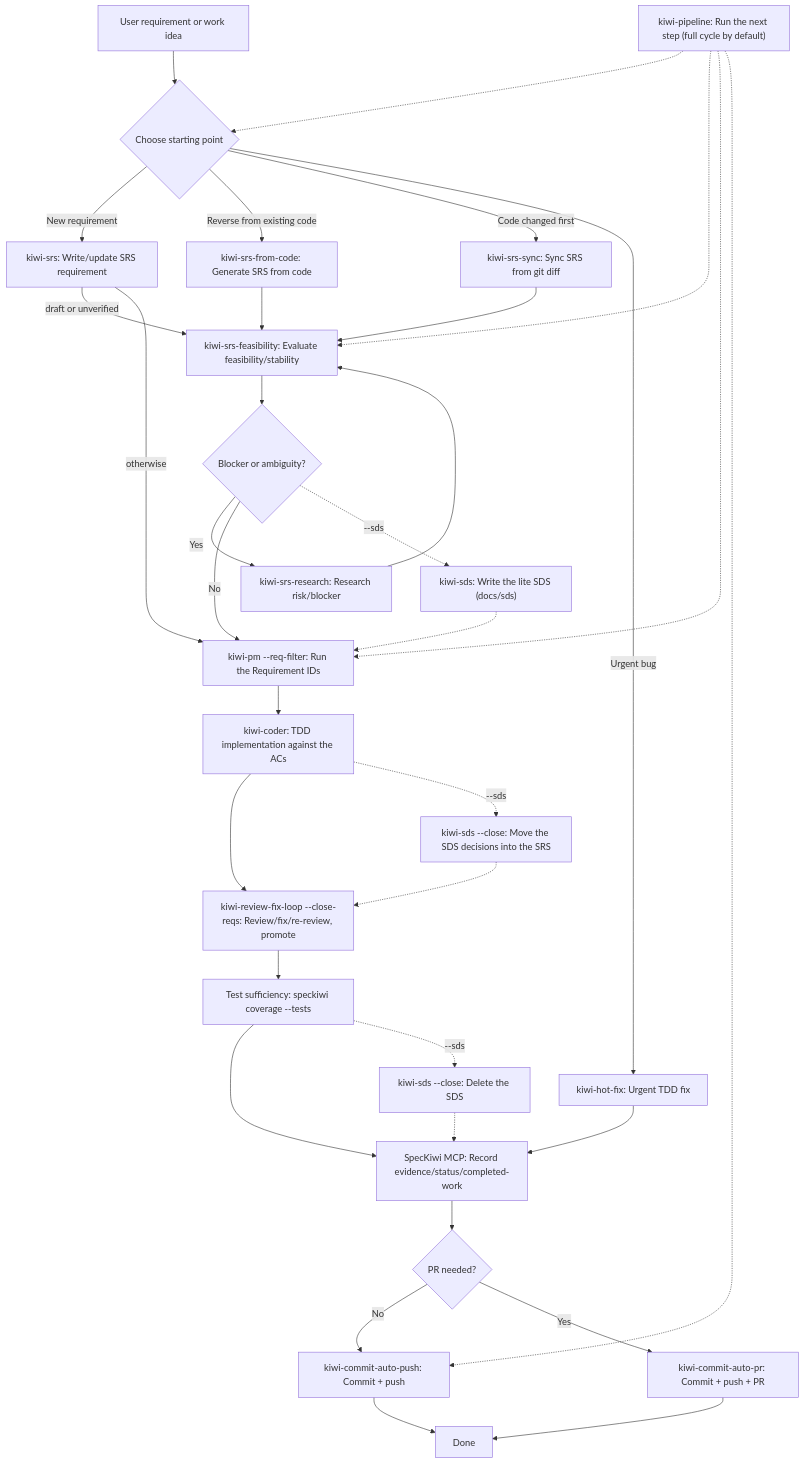
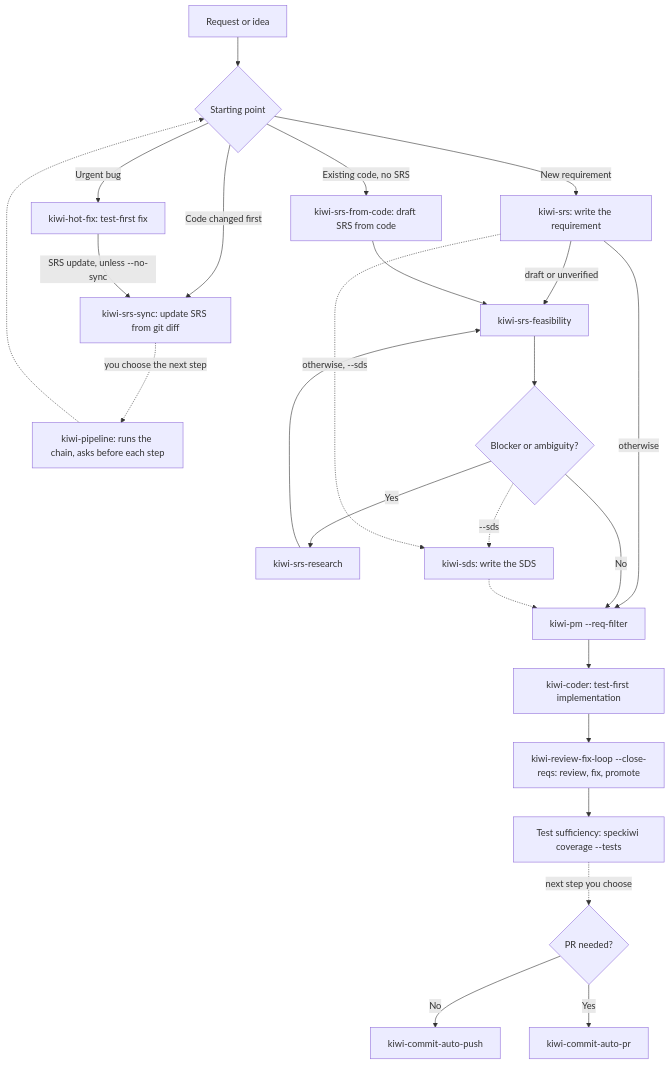
The first of 2 diagrams in README.md (Snoworca/speckiwi), drawn with Mermaid before and after one commit. The commit also changed other lines of this file, not shown here.

````diff
--- a/README.md
+++ b/README.md
@@ -440,40 +145,31 @@
 ```mermaid
 flowchart TD
-    A["User requirement or work idea"] --> B{"Choose starting point"}
-    B -->|New requirement| C["kiwi-srs: Write/update SRS requirement"]
-    B -->|Reverse from existing code| D["kiwi-srs-from-code: Generate SRS from code"]
-    B -->|Code changed first| E["kiwi-srs-sync: Sync SRS from git diff"]
-    B -->|Urgent bug| Q["kiwi-hot-fix: Urgent TDD fix"]
+    A["Request or idea"] --> B{"Starting point"}
+    B -->|New requirement| C["kiwi-srs: write the requirement"]
+    B -->|Existing code, no SRS| D["kiwi-srs-from-code: draft SRS from code"]
+    B -->|Code changed first| E["kiwi-srs-sync: update SRS from git diff"]
+    B -->|Urgent bug| Q["kiwi-hot-fix: test-first fix"]
 
-    C -->|draft or unverified| F["kiwi-srs-feasibility: Evaluate feasibility/stability"]
+    C -->|draft or unverified| F["kiwi-srs-feasibility"]
     C -->|otherwise| J
     D --> F
-    E --> F
-    Q --> M
+    Q -->|"SRS update, unless --no-sync"| E
+    E -.->|"you choose the next step"| P
 
     F --> G{"Blocker or ambiguity?"}
-    G -->|Yes| H["kiwi-srs-research: Research risk/blocker"]
+    G -->|Yes| H["kiwi-srs-research"]
     H --> F
-    G -->|No| J["kiwi-pm --req-filter: Run the Requirement IDs"]
-    G -.->|"--sds"| I["kiwi-sds: Write the lite SDS (docs/sds)"]
+    G -->|No| J["kiwi-pm --req-filter"]
+    G -.->|"--sds"| I["kiwi-sds: write the SDS"]
     I -.-> J
+    C -.->|"otherwise, --sds"| I
 
-    J --> K["kiwi-coder: TDD implementation against the ACs"]
-    K --> R["kiwi-review-fix-loop --close-reqs: Review/fix/re-review, promote"]
-    K -.->|"--sds"| X["kiwi-sds --close: Move the SDS decisions into the SRS"]
-    X -.-> R
+    J --> K["kiwi-coder: test-first implementation"]
+    K --> R["kiwi-review-fix-loop --close-reqs: review, fix, promote"]
     R --> V["Test sufficiency: speckiwi coverage --tests"]
-    V --> M["SpecKiwi MCP: Record evidence/status/completed-work"]
-    V -.->|"--sds"| Y["kiwi-sds --close: Delete the SDS"]
-    Y -.-> M
-    M --> S{"PR needed?"}
-    S -->|No| N["kiwi-commit-auto-push: Commit + push"]
-    S -->|Yes| T["kiwi-commit-auto-pr: Commit + push + PR"]
-    N --> O["Done"]
-    T --> O
+    V -.->|"next step you choose"| S{"PR needed?"}
+    S -->|No| N["kiwi-commit-auto-push"]
+    S -->|Yes| T["kiwi-commit-auto-pr"]
 
-    P["kiwi-pipeline: Run the next step (full cycle by default)"] -.-> B
-    P -.-> F
-    P -.-> J
-    P -.-> N
+    P["kiwi-pipeline: runs the chain, asks before each step"] -.-> B
 ```
````
